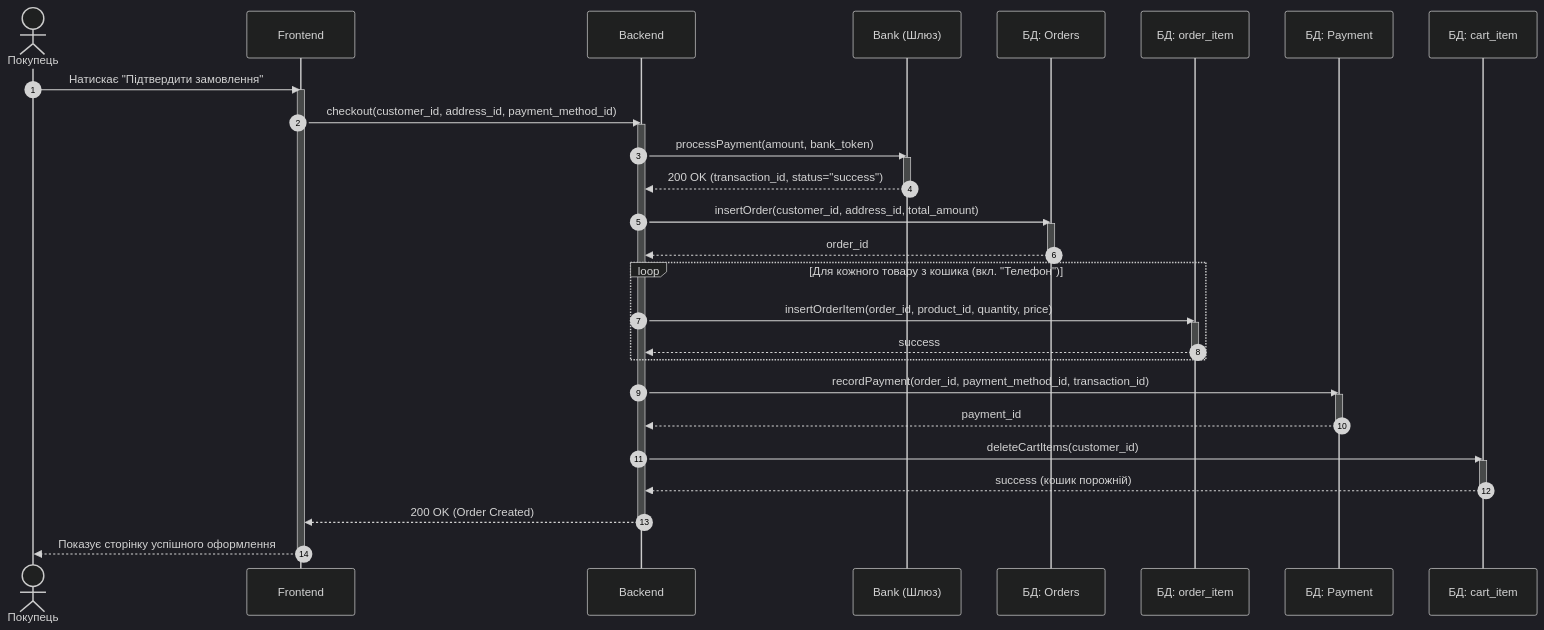
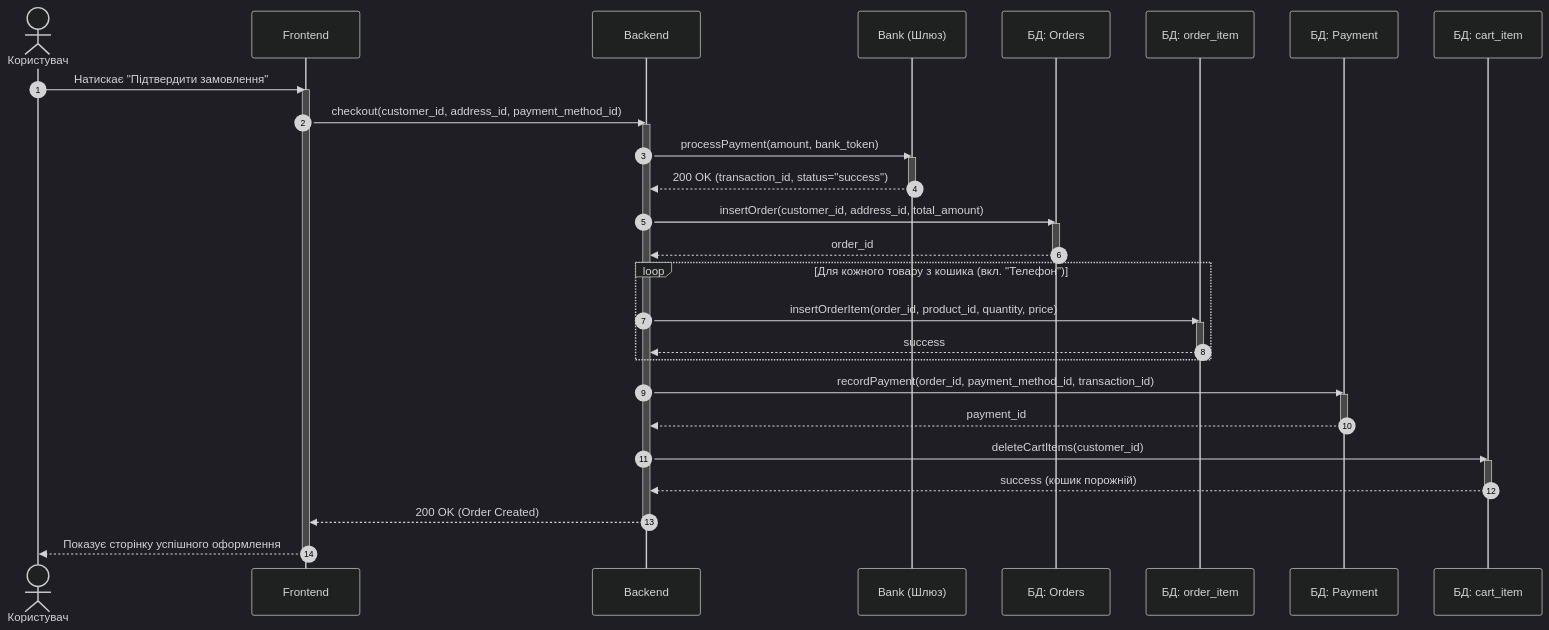
The diagram in docs/sequence_diagram_КП3.mmd (Haina-me/mavpz), drawn with Mermaid (dark theme) before and after one commit. The commit also changed 6 other files, not shown here.

Commit message:
update KP4 sequence diagram

```diff
--- a/docs/sequence_diagram_КП3.mmd
+++ b/docs/sequence_diagram_КП3.mmd
@@ -1,51 +1,51 @@
 %%Успішна оплата створює замовлення й очищує кошик
 
 sequenceDiagram
     autonumber
-    actor User as Покупець
+    actor User as Користувач
     participant Frontend
     participant Backend
     participant Bank as Bank (Шлюз)
     participant Orders as БД: Orders
     participant OrderItem as БД: order_item
     participant Payment as БД: Payment
     participant Cart as БД: cart_item
 
     User ->> Frontend: Натискає "Підтвердити замовлення"
     activate Frontend
     
     Frontend ->> Backend: checkout(customer_id, address_id, payment_method_id)
     activate Backend
     
     Backend ->> Bank: processPayment(amount, bank_token)
     activate Bank
     Bank -->> Backend: 200 OK (transaction_id, status="success")
     deactivate Bank
     
     Backend ->> Orders: insertOrder(customer_id, address_id, total_amount)
     activate Orders
     Orders -->> Backend: order_id
     deactivate Orders
     
     loop Для кожного товару з кошика (вкл. "Телефон")
         Backend ->> OrderItem: insertOrderItem(order_id, product_id, quantity, price)
         activate OrderItem
         OrderItem -->> Backend: success
         deactivate OrderItem
     end
     
     Backend ->> Payment: recordPayment(order_id, payment_method_id, transaction_id)
     activate Payment
     Payment -->> Backend: payment_id
     deactivate Payment
     
     Backend ->> Cart: deleteCartItems(customer_id)
     activate Cart
     Cart -->> Backend: success (кошик порожній)
     deactivate Cart
     
     Backend -->> Frontend: 200 OK (Order Created)
     deactivate Backend
     
     Frontend -->> User: Показує сторінку успішного оформлення
     deactivate Frontend
```
